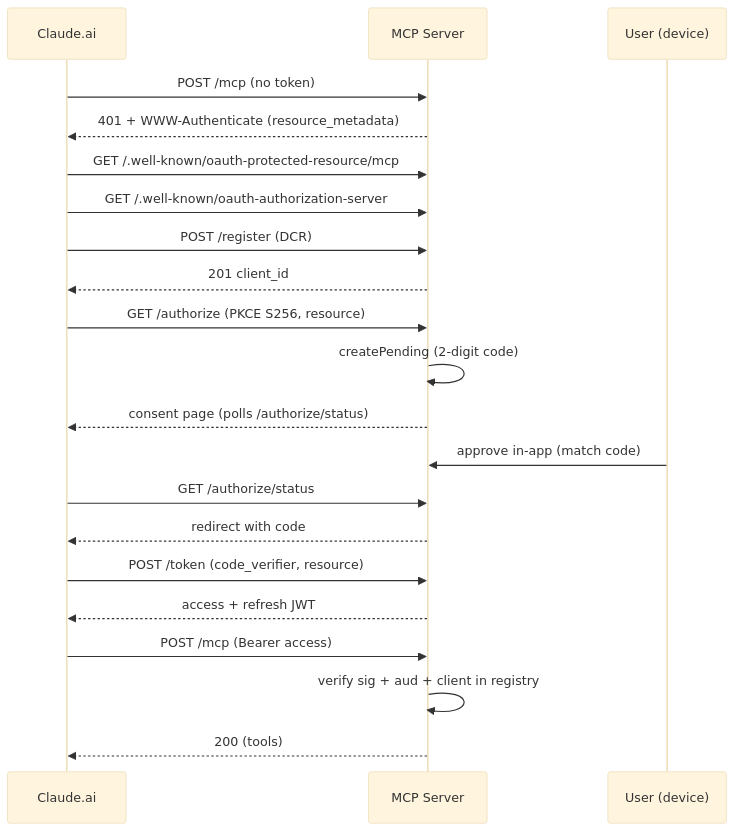
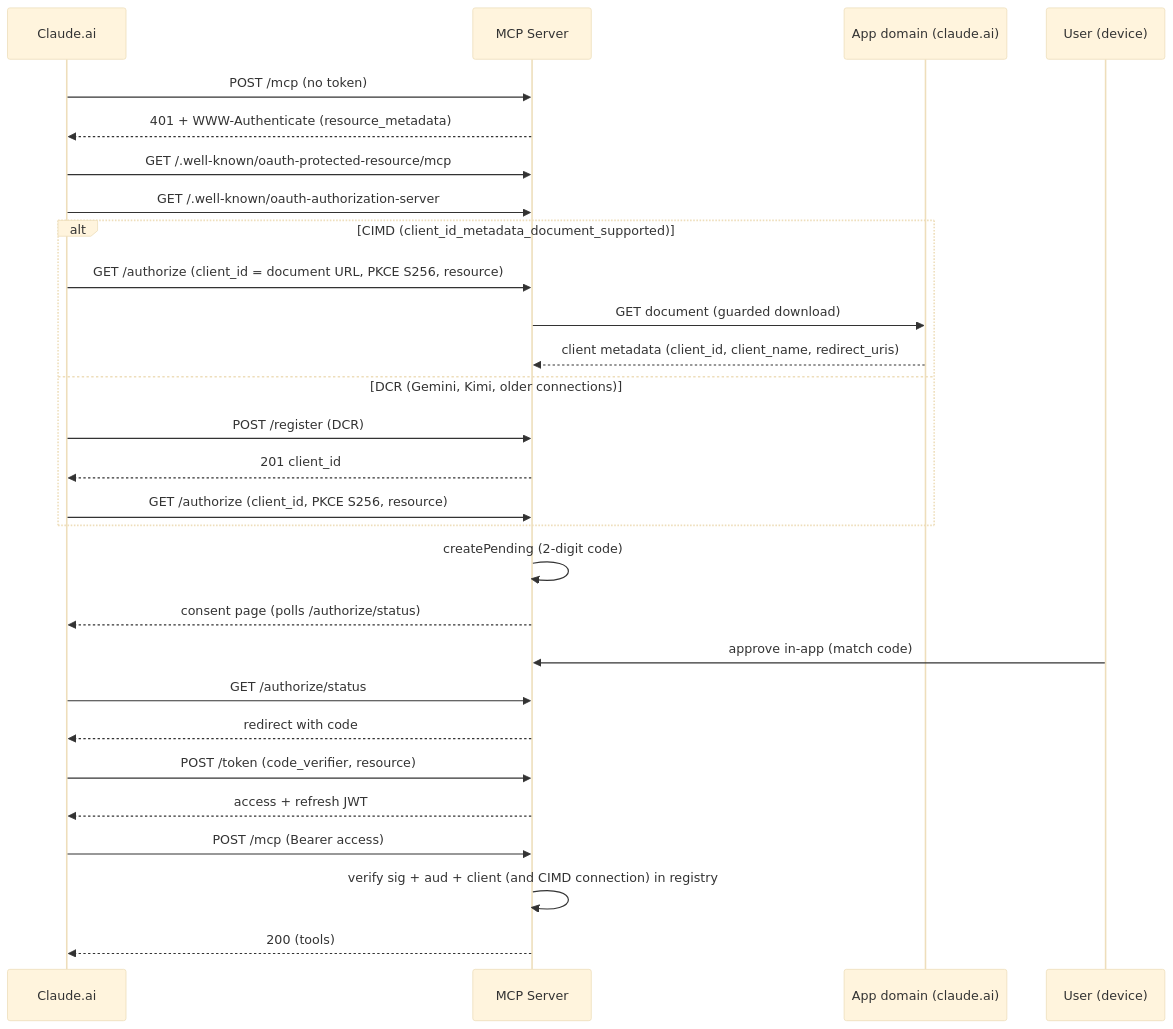
Before and after one commit to danielealbano/android-remote-control-mcp: the fifth of 7 diagrams in docs/ARCHITECTURE.md, drawn with Mermaid (base theme). The commit also changed other lines of this file and 1 other file, not shown here.

Commit message:
docs: CIMD review fixes and the loopback warning
The OAuth sequence diagram shows the CIMD and DCR paths, the tokens
note names connection_id, PROJECT.md lists the download failure
reasons, the address rules, the loopback warning and the internet the
E2E suite needs.

````diff
--- a/docs/ARCHITECTURE.md
+++ b/docs/ARCHITECTURE.md
@@ -307,23 +307,30 @@
 ```mermaid
 sequenceDiagram
     participant C as Claude.ai
     participant S as MCP Server
+    participant D as App domain (claude.ai)
     participant U as User (device)
     C->>S: POST /mcp (no token)
     S-->>C: 401 + WWW-Authenticate (resource_metadata)
     C->>S: GET /.well-known/oauth-protected-resource/mcp
     C->>S: GET /.well-known/oauth-authorization-server
-    C->>S: POST /register (DCR)
-    S-->>C: 201 client_id
-    C->>S: GET /authorize (PKCE S256, resource)
+    alt CIMD (client_id_metadata_document_supported)
+        C->>S: GET /authorize (client_id = document URL, PKCE S256, resource)
+        S->>D: GET document (guarded download)
+        D-->>S: client metadata (client_id, client_name, redirect_uris)
+    else DCR (Gemini, Kimi, older connections)
+        C->>S: POST /register (DCR)
+        S-->>C: 201 client_id
+        C->>S: GET /authorize (client_id, PKCE S256, resource)
+    end
     S->>S: createPending (2-digit code)
     S-->>C: consent page (polls /authorize/status)
     U->>S: approve in-app (match code)
     C->>S: GET /authorize/status
     S-->>C: redirect with code
     C->>S: POST /token (code_verifier, resource)
     S-->>C: access + refresh JWT
     C->>S: POST /mcp (Bearer access)
-    S->>S: verify sig + aud + client in registry
+    S->>S: verify sig + aud + client (and CIMD connection) in registry
     S-->>C: 200 (tools)
 ```
````
